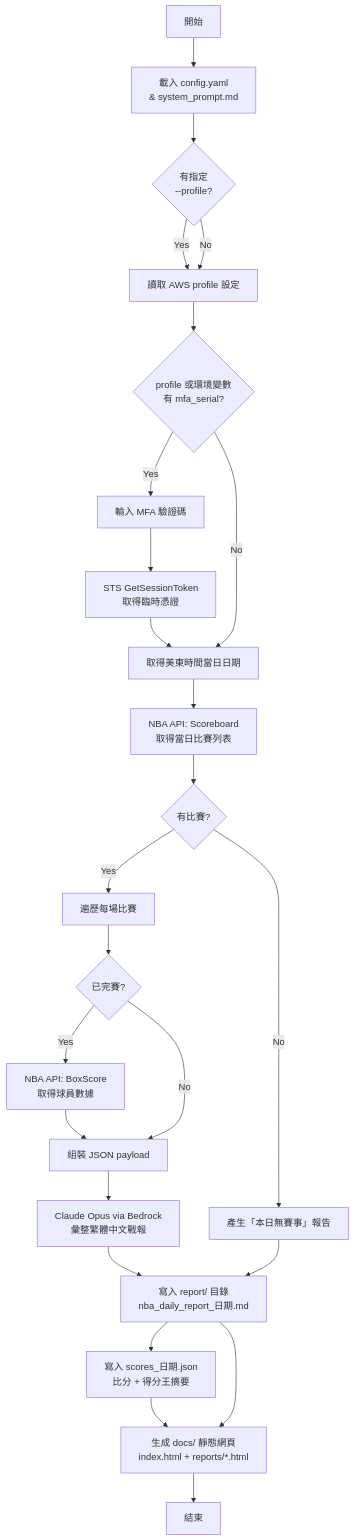
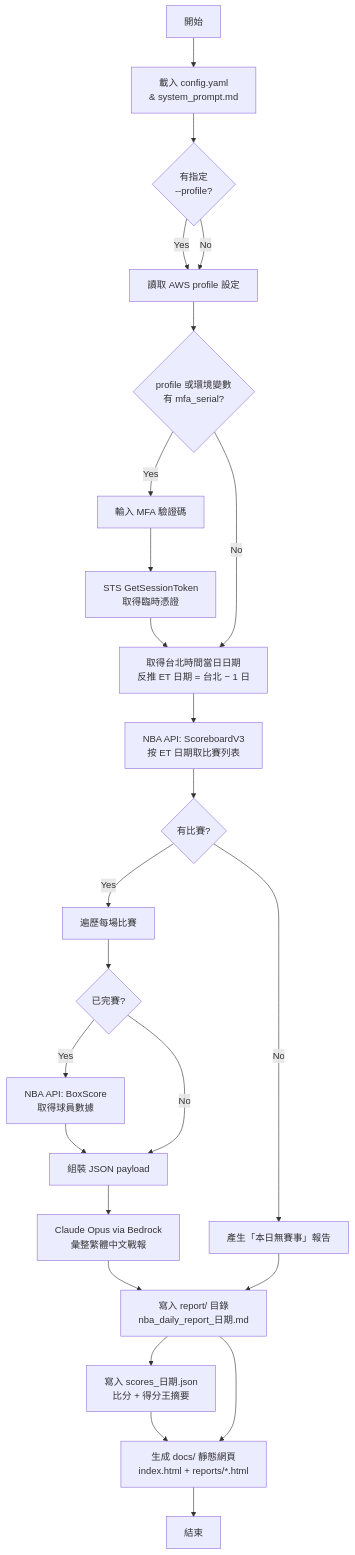
Before and after one commit to r07228019/my_ai: the diagram in test/nba_daily_report/README.md, drawn with Mermaid. The commit also changed other lines of this file and 17 other files, not shown here.

````diff
--- a/test/nba_daily_report/README.md
+++ b/test/nba_daily_report/README.md
@@ -24,27 +24,27 @@
 ```mermaid
 flowchart TD
     A[開始] --> B[載入 config.yaml<br>& system_prompt.md]
     B --> C{有指定<br>--profile?}
     C -->|Yes| D[讀取 AWS profile 設定]
     C -->|No| D
     D --> E{profile 或環境變數<br>有 mfa_serial?}
     E -->|Yes| F[輸入 MFA 驗證碼]
     F --> G[STS GetSessionToken<br>取得臨時憑證]
     G --> H
-    E -->|No| H[取得美東時間當日日期]
-    H --> I[NBA API: Scoreboard<br>取得當日比賽列表]
+    E -->|No| H[取得台北時間當日日期<br>反推 ET 日期 = 台北 − 1 日]
+    H --> I[NBA API: ScoreboardV3<br>按 ET 日期取比賽列表]
     I --> J{有比賽?}
     J -->|No| K[產生「本日無賽事」報告]
     J -->|Yes| L[遍歷每場比賽]
     L --> M{已完賽?}
     M -->|Yes| N[NBA API: BoxScore<br>取得球員數據]
     N --> O[組裝 JSON payload]
     M -->|No| O
     O --> P[Claude Opus via Bedrock<br>彙整繁體中文戰報]
     P --> Q[寫入 report/ 目錄<br>nba_daily_report_日期.md]
     Q --> Q2[寫入 scores_日期.json<br>比分 + 得分王摘要]
     K --> Q
     Q2 --> R[生成 docs/ 靜態網頁<br>index.html + reports/*.html]
     Q --> R
     R --> S[結束]
 ```
````
